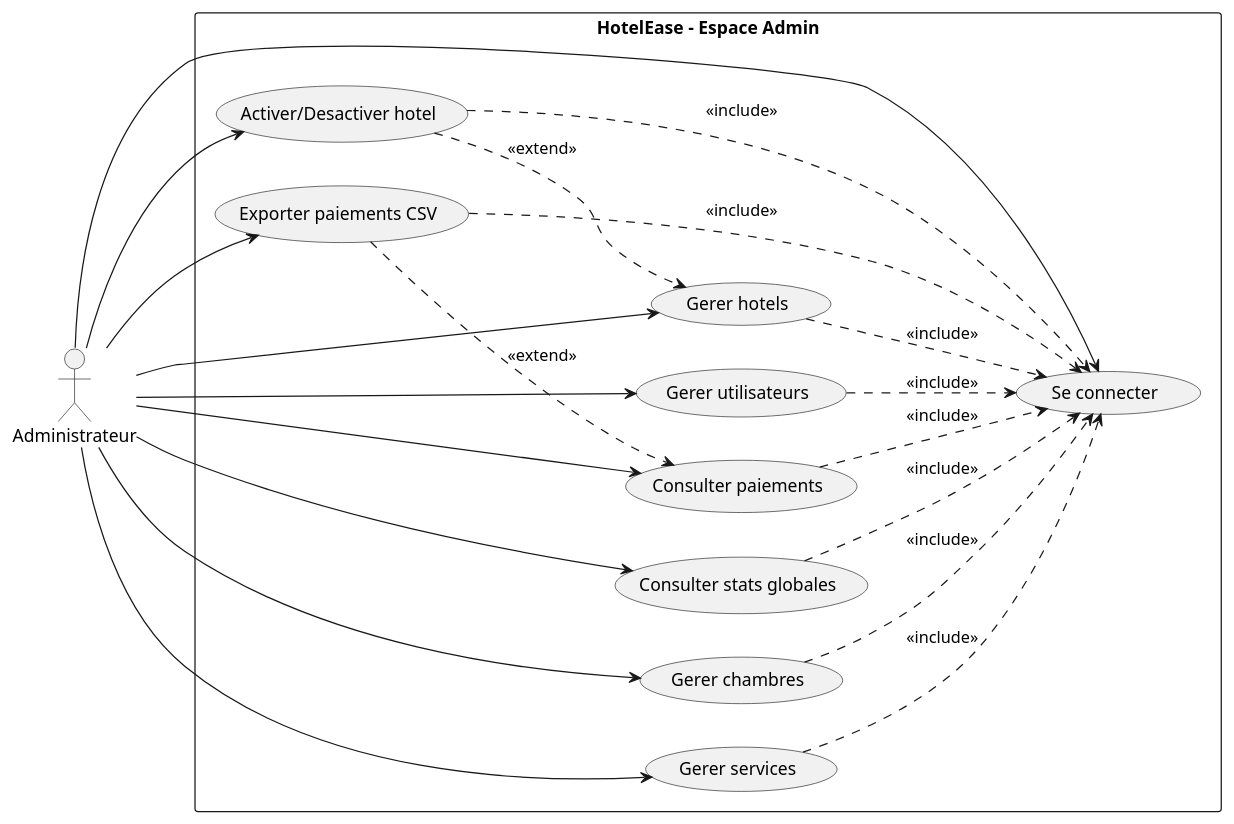
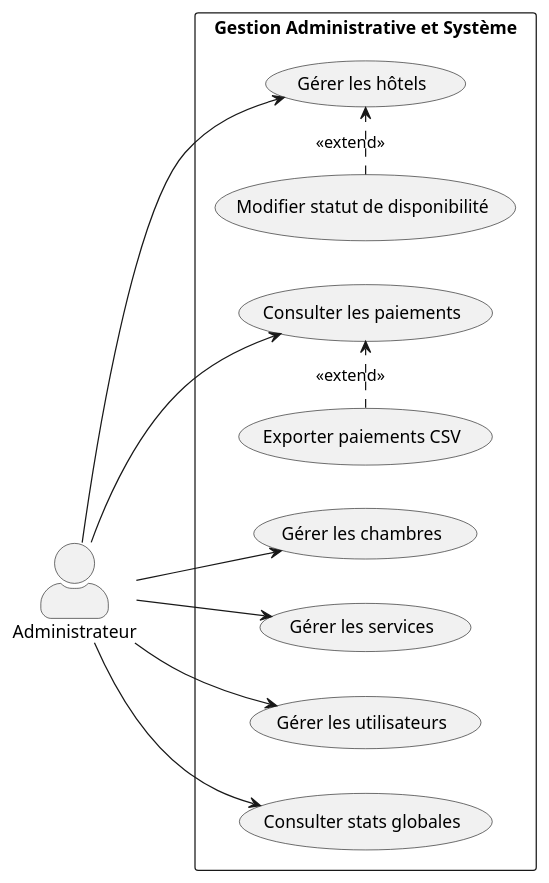
The diagram in docs/uml/04-use-case-admin.puml (malek420122/hotel_project_pfe), drawn with PlantUML before and after one commit. The commit also changed 121 other files, not shown here.

```diff
--- a/docs/uml/04-use-case-admin.puml
+++ b/docs/uml/04-use-case-admin.puml
@@ -1,40 +1,32 @@
 @startuml
 left to right direction
-skinparam packageStyle rectangle
+skinparam shadowing false
+skinparam actorStyle awesome
 
-actor Administrateur as Admin
+actor "Administrateur" as Admin
 
-rectangle "HotelEase - Espace Admin" {
-  usecase "Se connecter" as A0
-  usecase "Gerer hotels" as A1
-  usecase "Activer/Desactiver hotel" as A2
-  usecase "Gerer chambres" as A3
-  usecase "Gerer services" as A4
-  usecase "Gerer utilisateurs" as A5
-  usecase "Consulter stats globales" as A6
-  usecase "Consulter paiements" as A7
-  usecase "Exporter paiements CSV" as A8
+rectangle "Gestion Administrative et Système" {
+    (Gérer les hôtels) as UC_H
+    (Modifier statut de disponibilité) as UC_T
+    (Gérer les chambres) as UC_C
+    (Gérer les services) as UC_S
+    
+    (Gérer les utilisateurs) as UC_U
+    
+    (Consulter les paiements) as UC_P
+    (Exporter paiements CSV) as UC_CSV
+    (Consulter stats globales) as UC_Stats
+
+    ' Extensions logiques
+    UC_T .> UC_H : <<extend>>
+    UC_CSV .> UC_P : <<extend>>
+
+    ' Liaisons principales
+    Admin --> UC_H
+    Admin --> UC_C
+    Admin --> UC_S
+    Admin --> UC_U
+    Admin --> UC_P
+    Admin --> UC_Stats
 }
-
-Admin --> A0
-Admin --> A1
-Admin --> A2
-Admin --> A3
-Admin --> A4
-Admin --> A5
-Admin --> A6
-Admin --> A7
-Admin --> A8
-
-A1 ..> A0 : <<include>>
-A2 ..> A0 : <<include>>
-A3 ..> A0 : <<include>>
-A4 ..> A0 : <<include>>
-A5 ..> A0 : <<include>>
-A6 ..> A0 : <<include>>
-A7 ..> A0 : <<include>>
-A8 ..> A0 : <<include>>
-
-A2 ..> A1 : <<extend>>
-A8 ..> A7 : <<extend>>
 @enduml
```
